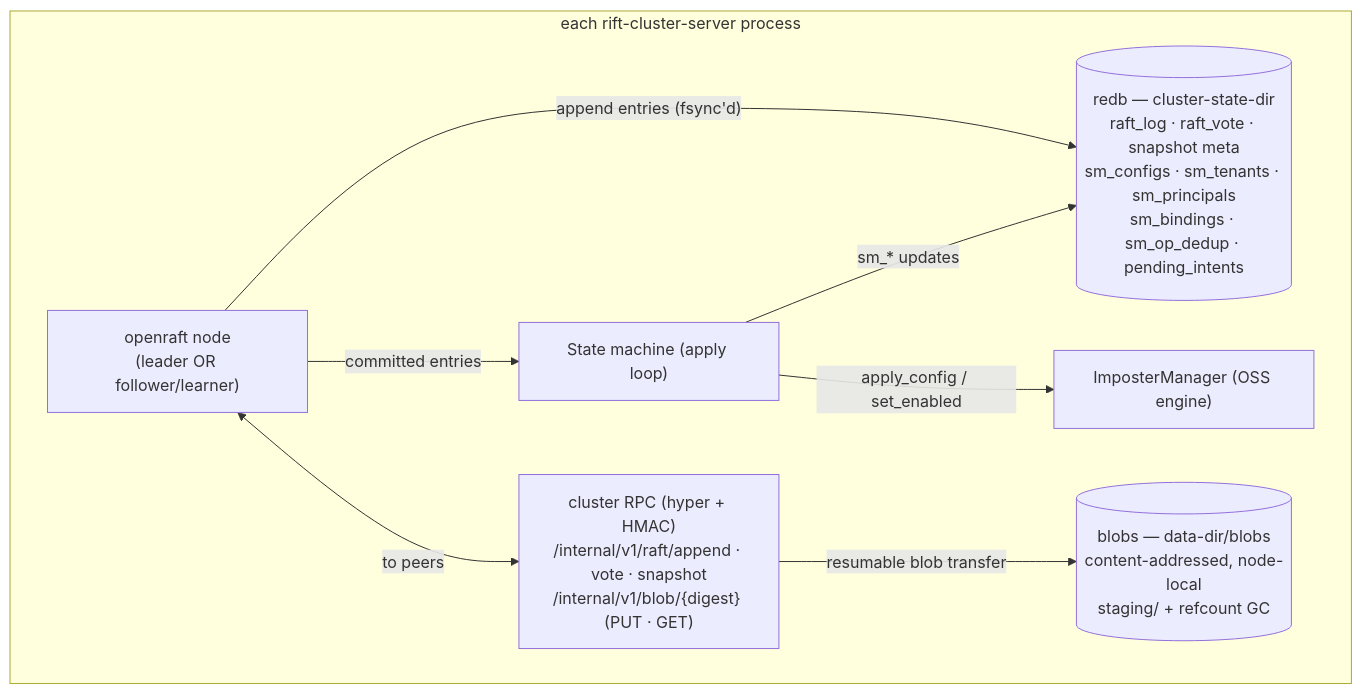
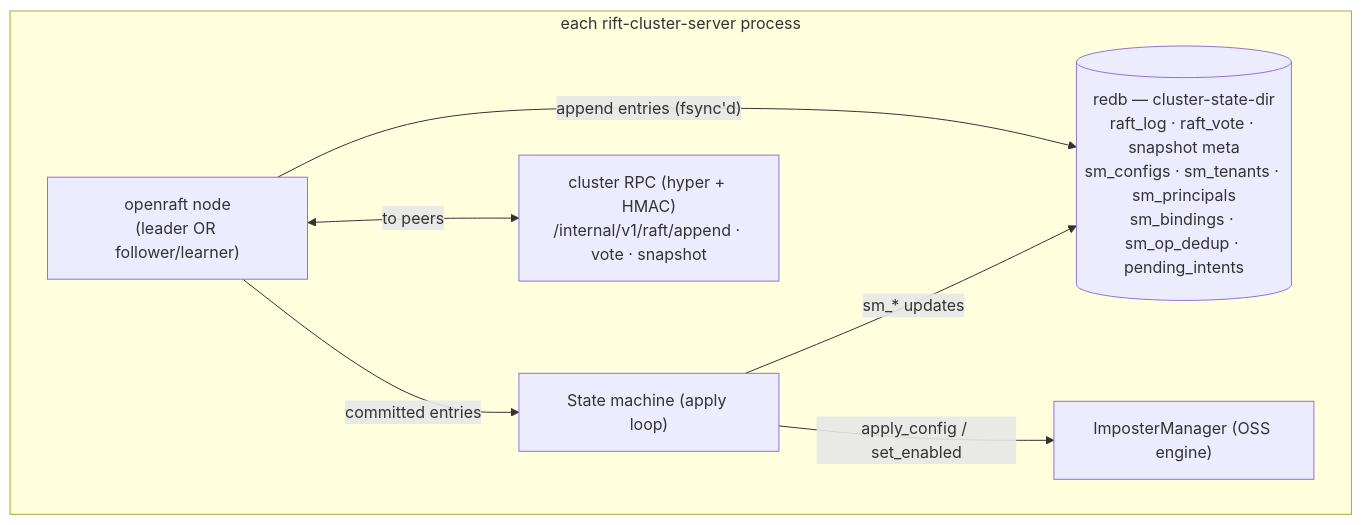
One commit to achird-labs/rift-cluster changed the first of 2 diagrams in docs/architecture/03-control-plane.md. Above: the diagram before and after it, drawn with Mermaid. The commit also changed other lines of this file and 116 other files, not shown here.

````diff
--- a/docs/architecture/03-control-plane.md
+++ b/docs/architecture/03-control-plane.md
@@ -36,18 +36,16 @@
 ```mermaid
 flowchart TB
     subgraph Node["each rift-cluster-server process"]
         RN["openraft node<br/>(leader OR follower/learner)"]
         SM["State machine (apply loop)"]
         DB[("redb — cluster-state-dir<br/>raft_log · raft_vote · snapshot meta<br/>sm_configs · sm_tenants · sm_principals<br/>sm_bindings · sm_op_dedup · pending_intents")]
         IM["ImposterManager (OSS engine)"]
-        RPC["cluster RPC (hyper + HMAC)<br/>/internal/v1/raft/append · vote · snapshot<br/>/internal/v1/blob/{digest} (PUT · GET)"]
-        BLOBS[("blobs — data-dir/blobs<br/>content-addressed, node-local<br/>staging/ + refcount GC")]
+        RPC["cluster RPC (hyper + HMAC)<br/>/internal/v1/raft/append · vote · snapshot"]
     end
 
     RN -- "append entries (fsync'd)" --> DB
     RN -- "committed entries" --> SM
     SM -- "sm_* updates" --> DB
     SM -- "apply_config / set_enabled" --> IM
     RN <-- "to peers" --> RPC
-    RPC -- "resumable blob transfer" --> BLOBS
 ```
````
